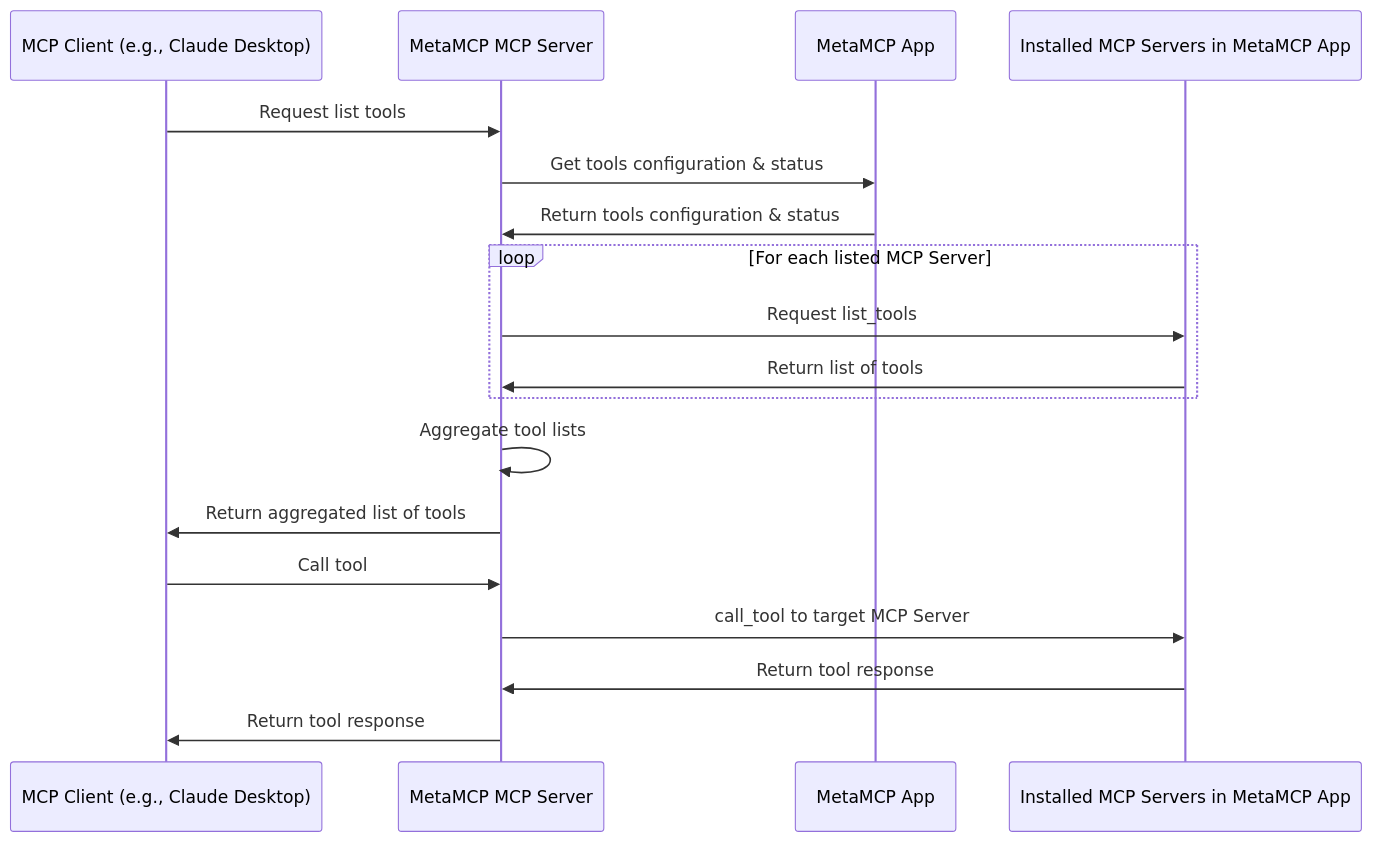
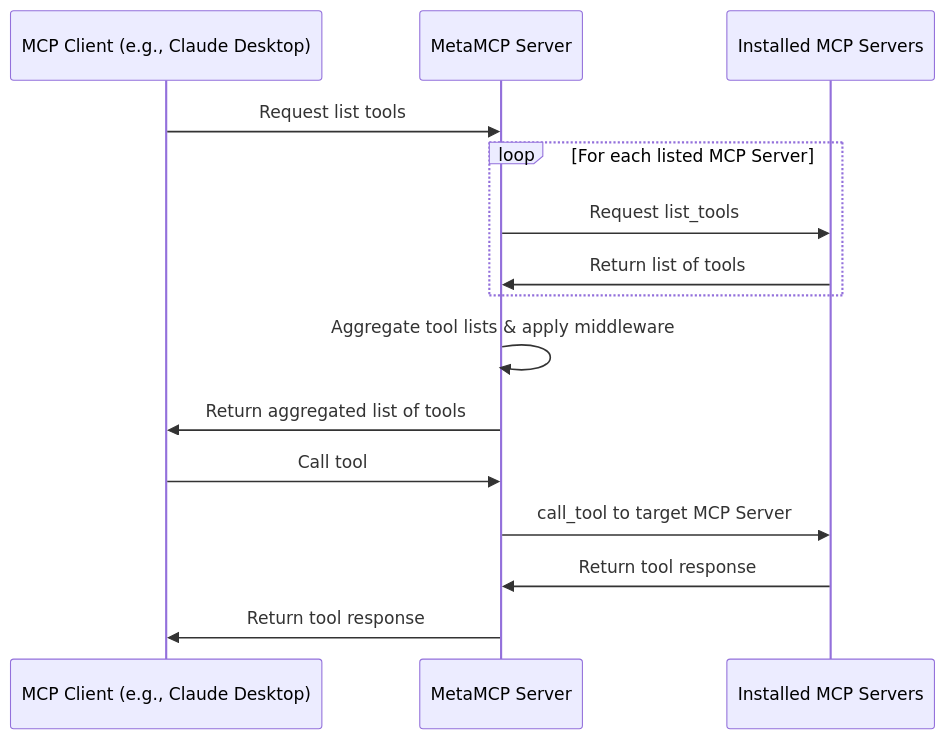
Before and after one commit to vivekrp/metamcp: the diagram in README.md, drawn with Mermaid. The commit also changed other lines of this file and 364 other files, not shown here.

````diff
--- a/README.md
+++ b/README.md
@@ -173,24 +111,21 @@
 ```mermaid
 sequenceDiagram
     participant MCPClient as MCP Client (e.g., Claude Desktop)
-    participant MetaMCPMCP as MetaMCP MCP Server
-    participant MetaMCPApp as MetaMCP App
-    participant MCPServers as Installed MCP Servers in MetaMCP App
+    participant MetaMCP as MetaMCP Server
+    participant MCPServers as Installed MCP Servers
 
-    MCPClient ->> MetaMCPMCP: Request list tools
-    MetaMCPMCP ->> MetaMCPApp: Get tools configuration & status
-    MetaMCPApp ->> MetaMCPMCP: Return tools configuration & status
+    MCPClient ->> MetaMCP: Request list tools
 
     loop For each listed MCP Server
-        MetaMCPMCP ->> MCPServers: Request list_tools
-        MCPServers ->> MetaMCPMCP: Return list of tools
+        MetaMCP ->> MCPServers: Request list_tools
+        MCPServers ->> MetaMCP: Return list of tools
     end
 
-    MetaMCPMCP ->> MetaMCPMCP: Aggregate tool lists
-    MetaMCPMCP ->> MCPClient: Return aggregated list of tools
+    MetaMCP ->> MetaMCP: Aggregate tool lists & apply middleware
+    MetaMCP ->> MCPClient: Return aggregated list of tools
 
-    MCPClient ->> MetaMCPMCP: Call tool
-    MetaMCPMCP ->> MCPServers: call_tool to target MCP Server
-    MCPServers ->> MetaMCPMCP: Return tool response
-    MetaMCPMCP ->> MCPClient: Return tool response
+    MCPClient ->> MetaMCP: Call tool
+    MetaMCP ->> MCPServers: call_tool to target MCP Server
+    MCPServers ->> MetaMCP: Return tool response
+    MetaMCP ->> MCPClient: Return tool response
 ```
````
